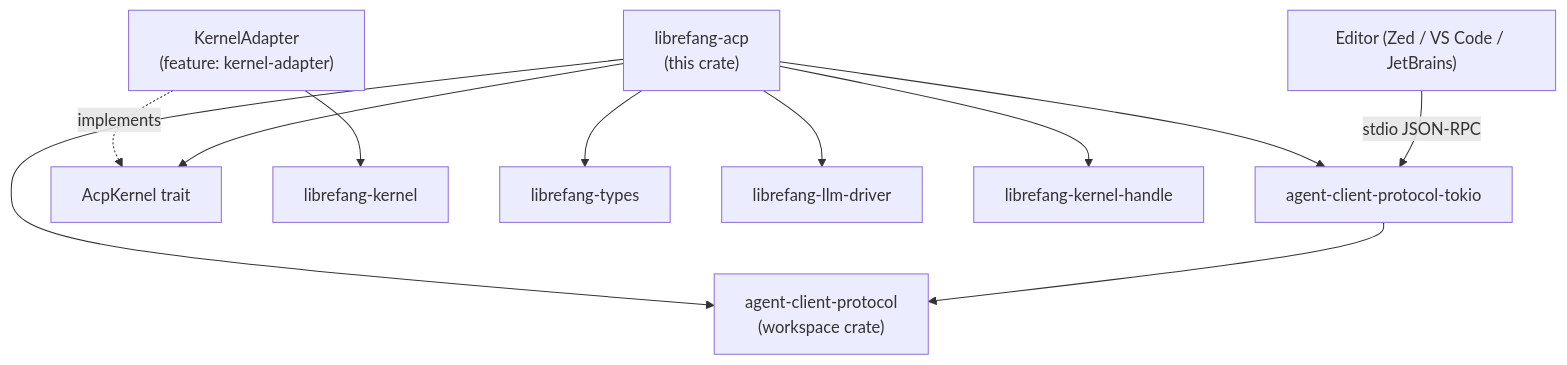
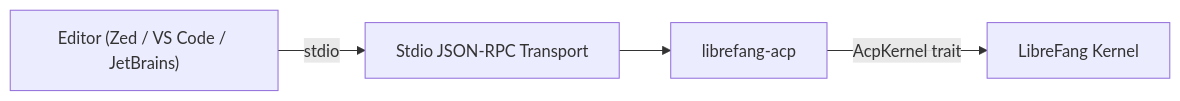
The diagram in other-librefang-acp.md (leszek3737/librefang-WIki), drawn with Mermaid before and after one commit. The commit also changed other lines of this file and 128 other files, not shown here.

````diff
--- a/other-librefang-acp.md
+++ b/other-librefang-acp.md
@@ -15,24 +13,11 @@
 ```mermaid
-graph TD
+graph LR
     Editor["Editor (Zed / VS Code / JetBrains)"]
-    ACP["agent-client-protocol<br/>(workspace crate)"]
-    ACPTokio["agent-client-protocol-tokio"]
-    LFA["librefang-acp<br/>(this crate)"]
-    AK["AcpKernel trait"]
-    KA["KernelAdapter<br/>(feature: kernel-adapter)"]
-    LFK["librefang-kernel"]
-    LFT["librefang-types"]
-    LLD["librefang-llm-driver"]
-    LKH["librefang-kernel-handle"]
+    Transport["Stdio JSON-RPC Transport"]
+    ACP["librefang-acp"]
+    Kernel["LibreFang Kernel"]
 
-    Editor -->|"stdio JSON-RPC"| ACPTokio
-    ACPTokio --> ACP
-    LFA --> ACP
-    LFA --> ACPTokio
-    LFA --> AK
-    KA -.->|"implements"| AK
-    KA --> LFK
-    LFA --> LFT
-    LFA --> LLD
-    LFA --> LKH
+    Editor -->|stdio| Transport
+    Transport --> ACP
+    ACP -->|AcpKernel trait| Kernel
 ```
````
